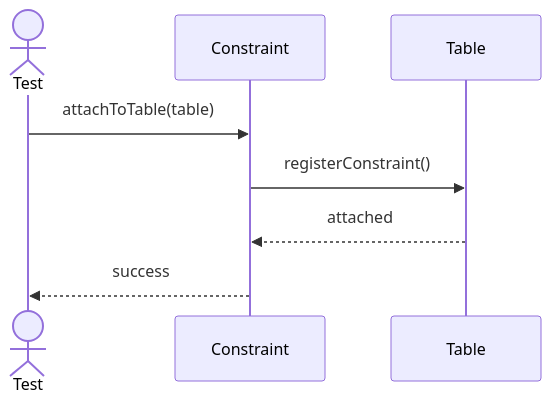
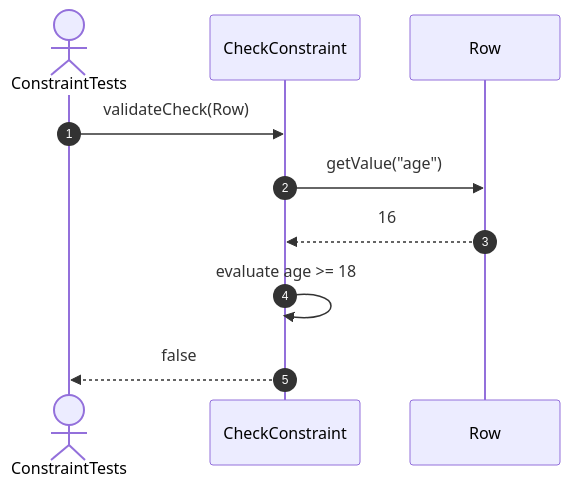
One commit to FhuAnn/-bbv-AN-s-DBMS changed diagram 15 of 16 in src/tests/unit/metadata/sequences/constraint-testing.se.md. Above: the diagram before and after it, drawn with Mermaid. The commit also changed other lines of this file and 60 other files, not shown here.

Commit message:
refactor data table, row, column, constraint, index test file

````diff
--- a/src/tests/unit/metadata/sequences/constraint-testing.se.md
+++ b/src/tests/unit/metadata/sequences/constraint-testing.se.md
@@ -363,11 +245,13 @@
 ```mermaid
 sequenceDiagram
-actor Test
-participant Constraint
-participant Table
+    autonumber
+    actor Test as ConstraintTests
+    participant Check as CheckConstraint
+    participant Row as Row
 
-Test->>Constraint: attachToTable(table)
-Constraint->>Table: registerConstraint()
-Table-->>Constraint: attached
-Constraint-->>Test: success
+    Test->>Check: validateCheck(Row)
+    Check->>Row: getValue("age")
+    Row-->>Check: 16
+    Check->>Check: evaluate age >= 18
+    Check-->>Test: false
 ```
````
